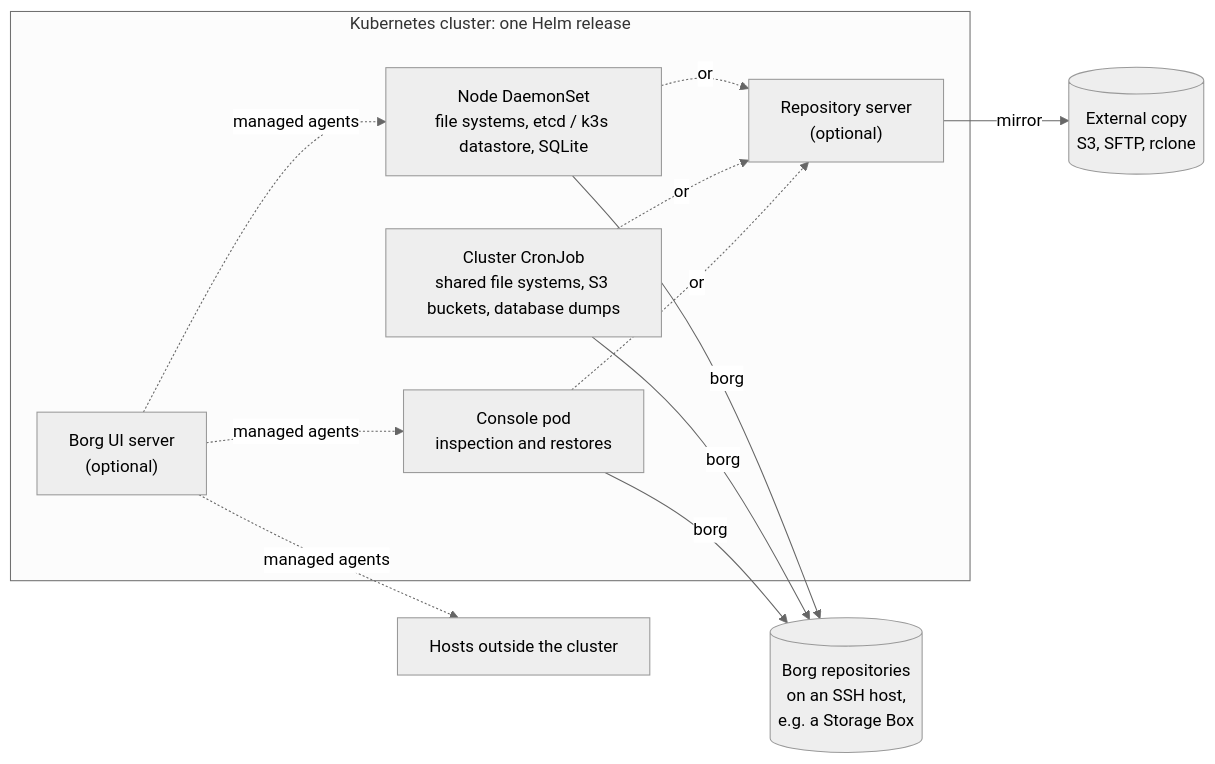
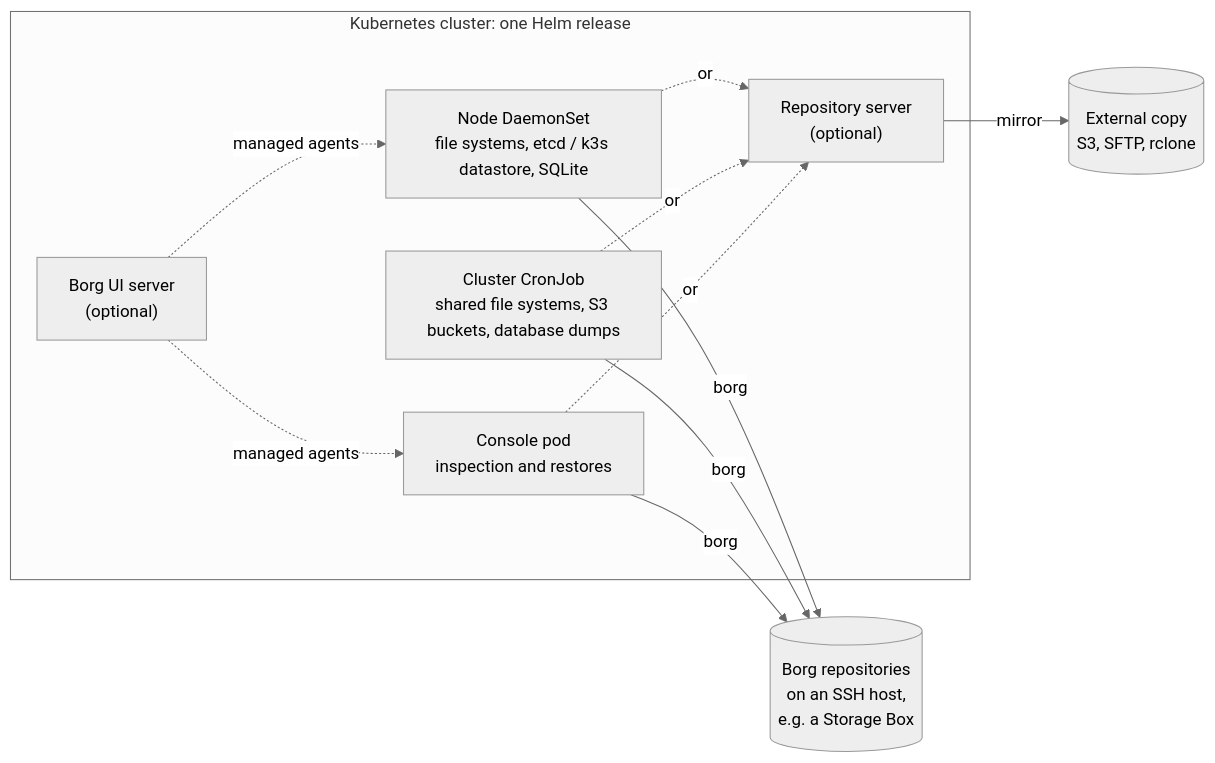
One commit to ioanalytica/k8s-borg changed the diagram in README.md. Above: the diagram before and after it, drawn with Mermaid (neutral theme). The commit also changed other lines of this file and 63 other files, not shown here.

````diff
--- a/README.md
+++ b/README.md
@@ -40,17 +83,16 @@
 ```mermaid
 flowchart LR
   subgraph k8s["Kubernetes cluster: one Helm release"]
     node["Node DaemonSet<br/>file systems, etcd / k3s datastore, SQLite"]
     cron["Cluster CronJob<br/>shared file systems, S3 buckets, database dumps"]
     console["Console pod<br/>inspection and restores"]
     ui["Borg UI server<br/>(optional)"]
     rs["Repository server<br/>(optional)"]
   end
-  ext["Hosts outside the cluster"]
   ssh[("Borg repositories<br/>on an SSH host,<br/>e.g. a Storage Box")]
   copy[("External copy<br/>S3, SFTP, rclone")]
   node & cron & console -->|borg| ssh
   node & cron & console -.->|or| rs
   rs -->|mirror| copy
-  ui -.->|managed agents| node & console & ext
+  ui -.->|managed agents| node & console
 ```
````
